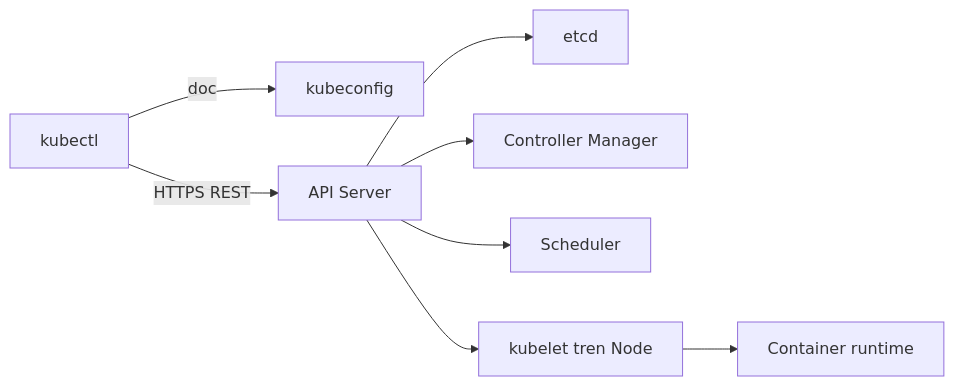
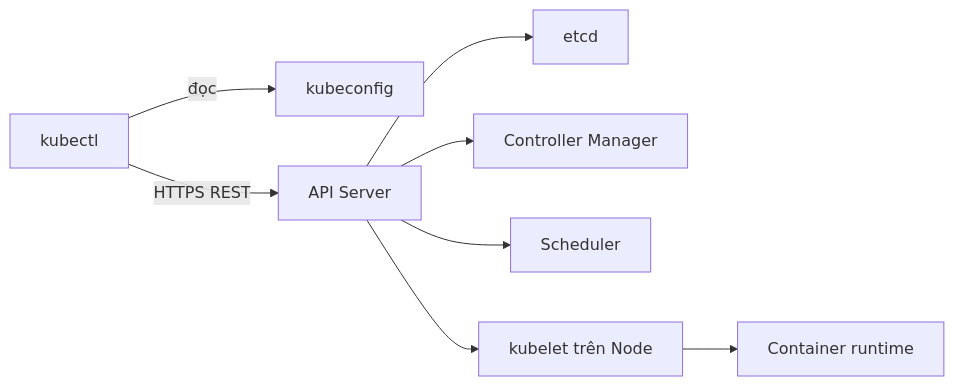
Before and after one commit to TienNHM/devops-course: the first of 2 diagrams in slides/06-kubectl/session-23.md, drawn with Mermaid. The commit also changed other lines of this file and 266 other files, not shown here.

````diff
--- a/slides/06-kubectl/session-23.md
+++ b/slides/06-kubectl/session-23.md
@@ -72,10 +45,10 @@
 ```mermaid
 flowchart LR
-    A["kubectl"] -->|"doc"| B["kubeconfig"]
+    A["kubectl"] -->|"đọc"| B["kubeconfig"]
     A -->|"HTTPS REST"| C["API Server"]
     C --> D["etcd"]
     C --> E["Controller Manager"]
     C --> F["Scheduler"]
-    C --> G["kubelet tren Node"]
+    C --> G["kubelet trên Node"]
     G --> H["Container runtime"]
 ```
````
